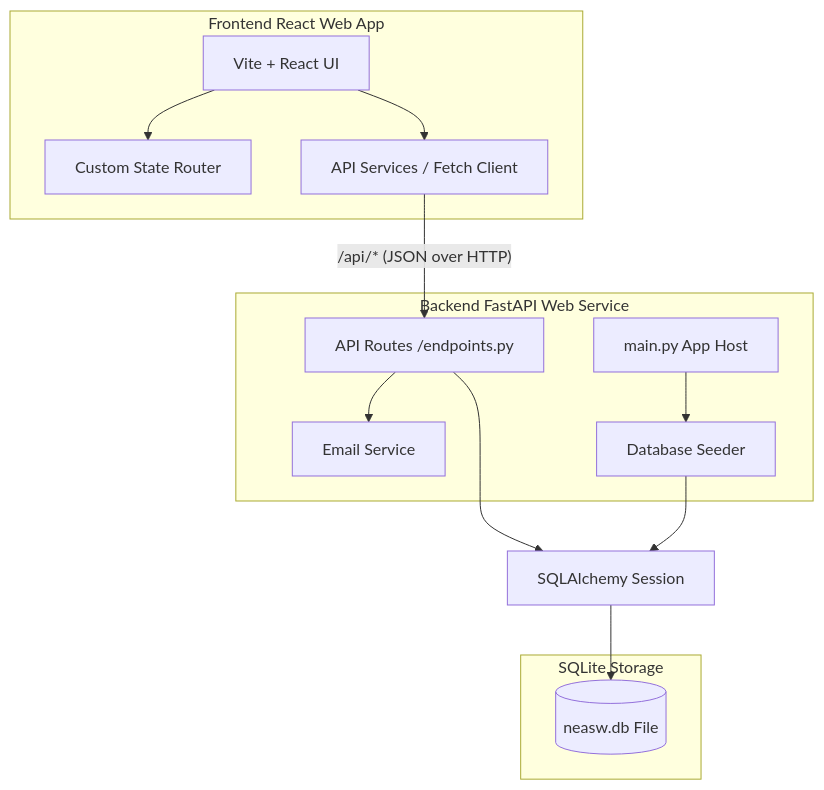
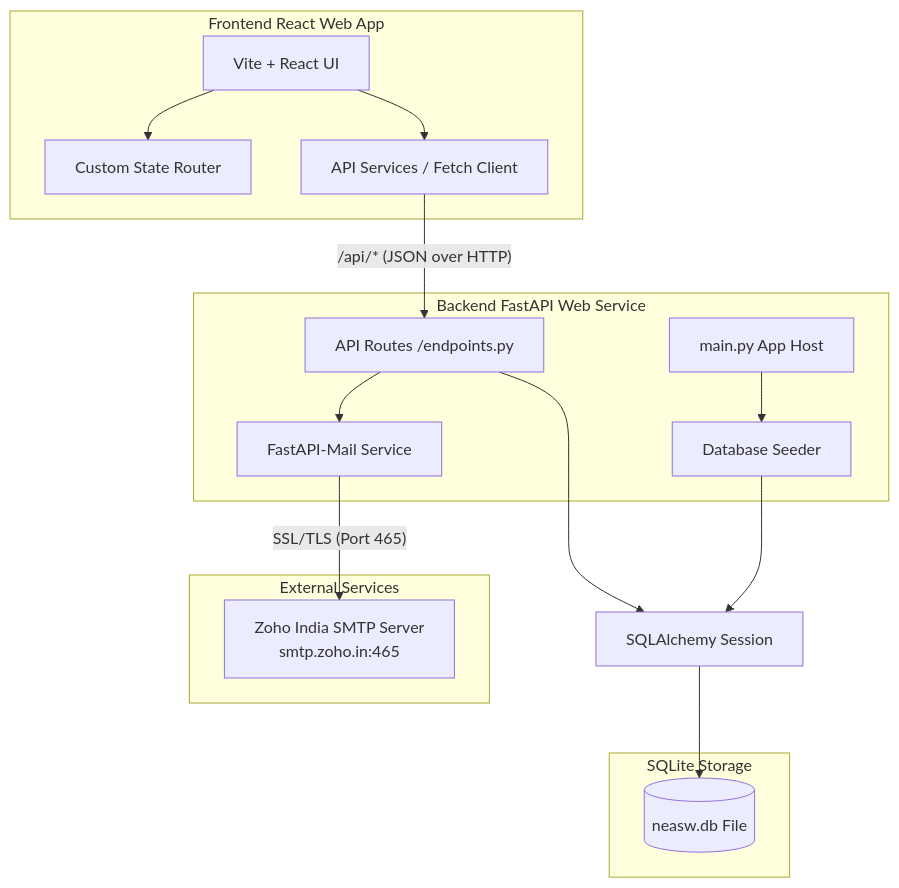
The first of 2 diagrams in TECHNICAL_DOCUMENTATION.md (takeaname1o1/neasw-ngo), drawn with Mermaid before and after one commit. The commit also changed other lines of this file and 6 other files, not shown here.

Commit message:
feat(backend): configure FastAPI-Mail with Zoho SMTP, background task dispatch, and update documentation

````diff
--- a/TECHNICAL_DOCUMENTATION.md
+++ b/TECHNICAL_DOCUMENTATION.md
@@ -14,28 +14,33 @@
 ```mermaid
 graph TD
     subgraph Client [Frontend React Web App]
         UI[Vite + React UI]
         Router[Custom State Router]
         APIService[API Services / Fetch Client]
     end
 
     subgraph Server [Backend FastAPI Web Service]
         Main[main.py App Host]
         Endpoints[API Routes /endpoints.py]
-        EmailStub[Email Service]
+        EmailService[FastAPI-Mail Service]
         DB_Seed[Database Seeder]
+    end
+
+    subgraph External [External Services]
+        ZohoSMTP[Zoho India SMTP Server<br/>smtp.zoho.in:465]
     end
 
     subgraph DataStore [SQLite Storage]
         DB[(neasw.db File)]
     end
 
     UI --> Router
     UI --> APIService
     APIService -- "/api/* (JSON over HTTP)" --> Endpoints
     Endpoints --> Database_ORM[SQLAlchemy Session]
     Database_ORM --> DB
-    Endpoints --> EmailStub
+    Endpoints --> EmailService
+    EmailService -- "SSL/TLS (Port 465)" --> ZohoSMTP
     Main --> DB_Seed
     DB_Seed --> Database_ORM
 ```
````
